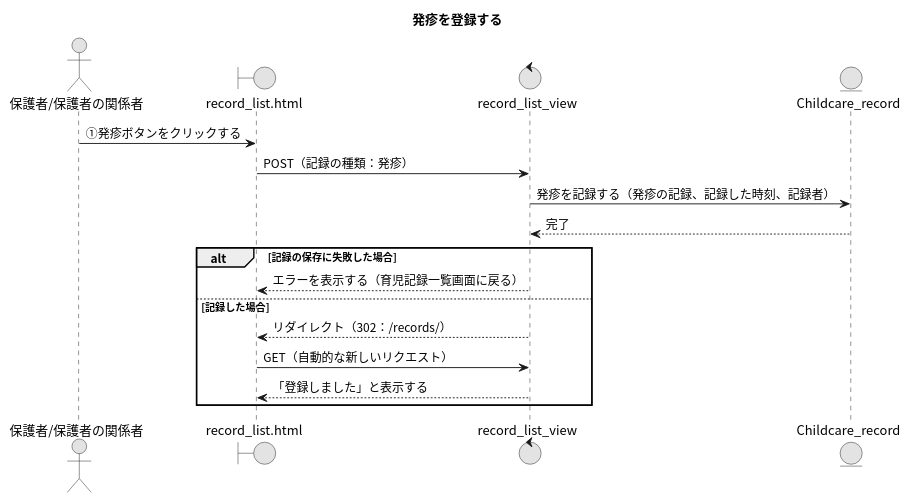
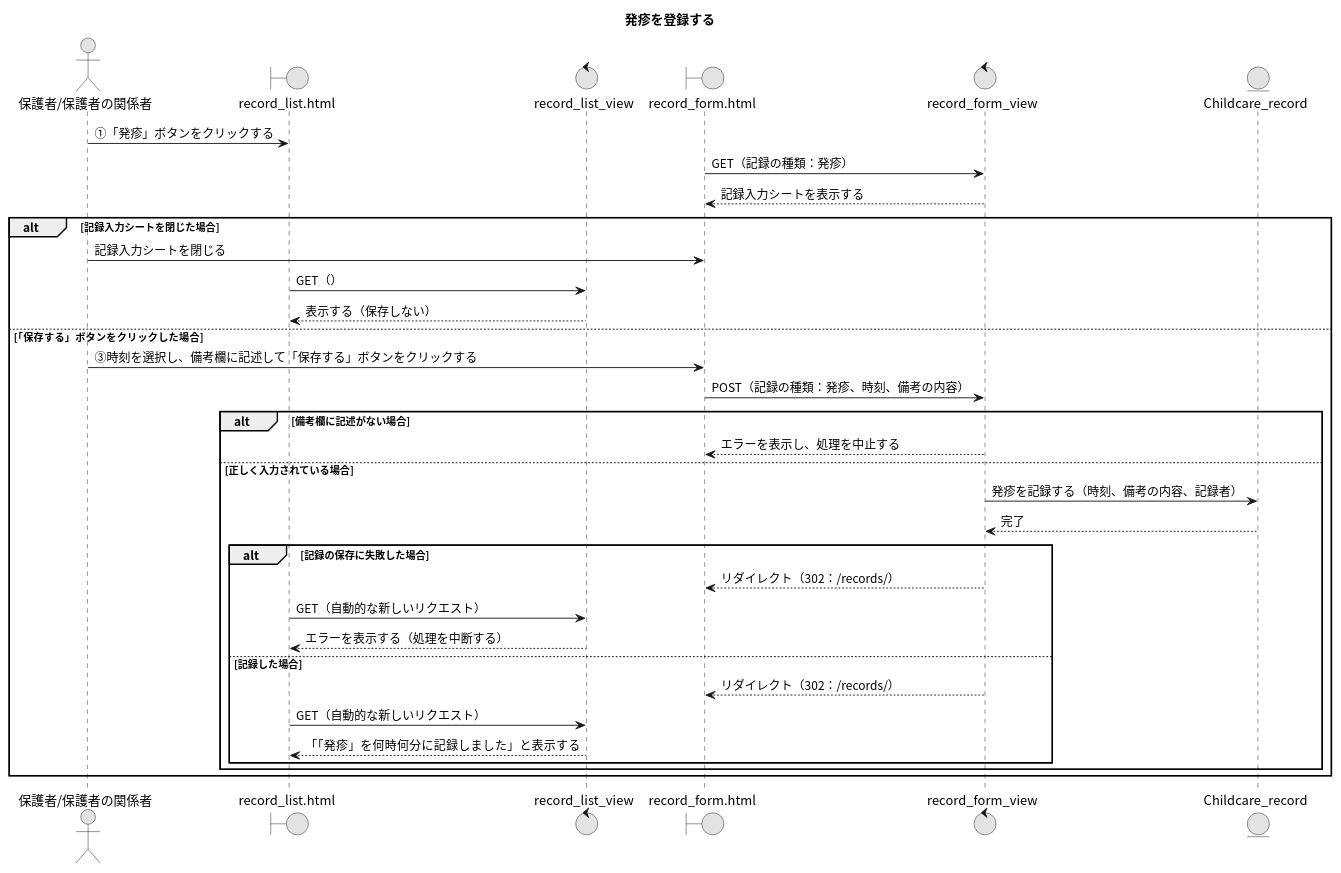
The diagram in 32_発疹を登録する.puml (Ma2naga190330/26_sotugyou_puml), drawn with PlantUML before and after one commit. The commit also changed 13 other files, not shown here.

```diff
--- a/32_発疹を登録する.puml
+++ b/32_発疹を登録する.puml
@@ -1,22 +1,40 @@
 @startuml
 title 発疹を登録する
 skinparam defaultFontName "Noto Sans CJK JP"
 skinparam monochrome true
 
 actor "保護者/保護者の関係者" as A
 boundary "record_list.html" as RLP
 control "record_list_view" as RLV
+boundary "record_form.html" as RFP
+control "record_form_view" as RFV
 entity "Childcare_record" as CRM
 
-A -> RLP : ①発疹ボタンをクリックする
-RLP -> RLV : POST（記録の種類：発疹）
-RLV -> CRM : 発疹を記録する（発疹の記録、記録した時刻、記録者）
-RLV <-- CRM : 完了
-alt 記録の保存に失敗した場合
-  RLV --> RLP : エラーを表示する（育児記録一覧画面に戻る）
-else 記録した場合
-  RLV --> RLP : リダイレクト（302：/records/）
-  RLP -> RLV : GET（自動的な新しいリクエスト）
-  RLV --> RLP : 「登録しました」と表示する
+A -> RLP : ①「発疹」ボタンをクリックする
+RFP -> RFV : GET（記録の種類：発疹）
+RFV --> RFP : 記録入力シートを表示する
+
+alt 記録入力シートを閉じた場合
+  A -> RFP : 記録入力シートを閉じる
+  RLP -> RLV : GET（）
+  RLV --> RLP : 表示する（保存しない）
+else 「保存する」ボタンをクリックした場合
+  A -> RFP : ③時刻を選択し、備考欄に記述して「保存する」ボタンをクリックする
+  RFP -> RFV : POST（記録の種類：発疹、時刻、備考の内容）
+  alt 備考欄に記述がない場合
+    RFV --> RFP : エラーを表示し、処理を中止する
+  else 正しく入力されている場合
+    RFV -> CRM : 発疹を記録する（時刻、備考の内容、記録者）
+    RFV <-- CRM : 完了
+    alt 記録の保存に失敗した場合
+      RFV --> RFP : リダイレクト（302：/records/）
+      RLP -> RLV : GET（自動的な新しいリクエスト）
+      RLV --> RLP : エラーを表示する（処理を中断する）
+    else 記録した場合
+      RFV --> RFP : リダイレクト（302：/records/）
+      RLP -> RLV : GET（自動的な新しいリクエスト）
+      RLV --> RLP : 「「発疹」を何時何分に記録しました」と表示する
+    end
+  end
 end
 @enduml
```
